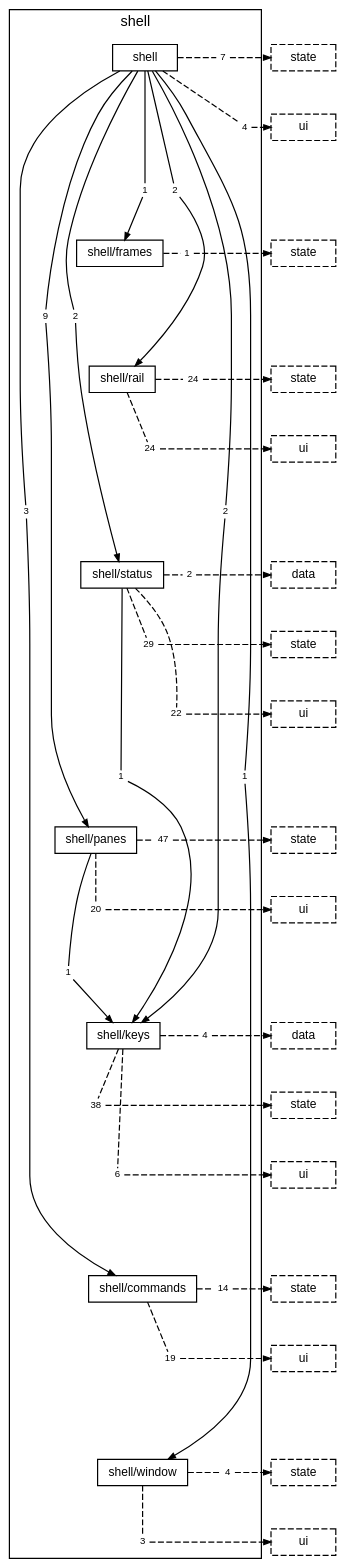
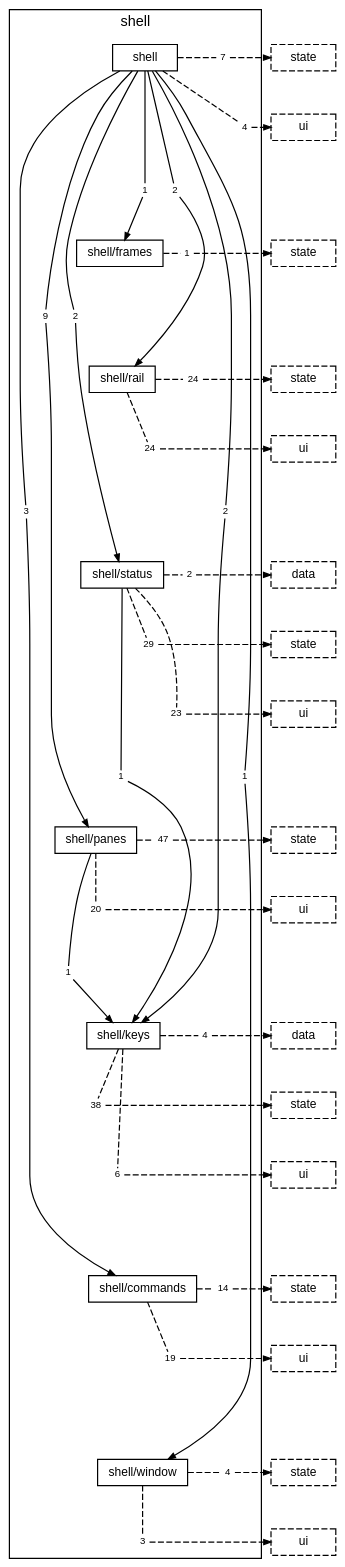
Before and after one commit to TheAxeC/oculus: the diagram in docs/diagrams/layer-shell.dot, drawn with Graphviz. The commit also changed 27 other files, not shown here.

```diff
--- a/docs/diagrams/layer-shell.dot
+++ b/docs/diagrams/layer-shell.dot
@@ -1,135 +1,135 @@
 digraph layer_shell {
     graph [bgcolor="transparent", rankdir=TB, newrank=true, mclimit=4, fontname="Helvetica,Arial,sans-serif", fontsize=12, nodesep=0.2, ranksep=0.5];
     node [shape=box, color="black", fontcolor="black", fontname="Helvetica,Arial,sans-serif", fontsize=10, height=0.3, margin="0.12,0.04"];
     edge [color="black", fontcolor="black", fontname="Helvetica,Arial,sans-serif", fontsize=8, arrowsize=0.6];
     subgraph "cluster_shell" {
         label="shell"; style=solid;
         "folder shell" [label="shell"];
         "folder shell/frames" [label="shell/frames"];
         "folder shell/rail" [label="shell/rail"];
         "folder shell/status" [label="shell/status"];
         "folder shell/panes" [label="shell/panes"];
         "folder shell/keys" [label="shell/keys"];
         "folder shell/commands" [label="shell/commands"];
         "folder shell/window" [label="shell/window"];
         "folder shell to folder shell/commands" [label="3", shape=box, color="transparent", fontsize=8, width=0, height=0, margin="0.04,0.02"];
         "folder shell to folder shell/frames" [label="1", shape=box, color="transparent", fontsize=8, width=0, height=0, margin="0.04,0.02"];
         "folder shell to folder shell/keys" [label="2", shape=box, color="transparent", fontsize=8, width=0, height=0, margin="0.04,0.02"];
         "folder shell to folder shell/panes" [label="9", shape=box, color="transparent", fontsize=8, width=0, height=0, margin="0.04,0.02"];
         "folder shell to folder shell/rail" [label="2", shape=box, color="transparent", fontsize=8, width=0, height=0, margin="0.04,0.02"];
         "folder shell to folder shell/status" [label="2", shape=box, color="transparent", fontsize=8, width=0, height=0, margin="0.04,0.02"];
         "folder shell to folder shell/window" [label="1", shape=box, color="transparent", fontsize=8, width=0, height=0, margin="0.04,0.02"];
         "folder shell to layer state" [label="7", shape=box, color="transparent", fontsize=8, width=0, height=0, margin="0.04,0.02"];
         "folder shell to layer ui" [label="4", shape=box, color="transparent", fontsize=8, width=0, height=0, margin="0.04,0.02"];
         "folder shell/frames to layer state" [label="1", shape=box, color="transparent", fontsize=8, width=0, height=0, margin="0.04,0.02"];
         "folder shell/rail to layer state" [label="24", shape=box, color="transparent", fontsize=8, width=0, height=0, margin="0.04,0.02"];
         "folder shell/rail to layer ui" [label="24", shape=box, color="transparent", fontsize=8, width=0, height=0, margin="0.04,0.02"];
         "folder shell/status to folder shell/keys" [label="1", shape=box, color="transparent", fontsize=8, width=0, height=0, margin="0.04,0.02"];
         "folder shell/status to layer data" [label="2", shape=box, color="transparent", fontsize=8, width=0, height=0, margin="0.04,0.02"];
         "folder shell/status to layer state" [label="29", shape=box, color="transparent", fontsize=8, width=0, height=0, margin="0.04,0.02"];
-        "folder shell/status to layer ui" [label="22", shape=box, color="transparent", fontsize=8, width=0, height=0, margin="0.04,0.02"];
+        "folder shell/status to layer ui" [label="23", shape=box, color="transparent", fontsize=8, width=0, height=0, margin="0.04,0.02"];
         "folder shell/panes to folder shell/keys" [label="1", shape=box, color="transparent", fontsize=8, width=0, height=0, margin="0.04,0.02"];
         "folder shell/panes to layer state" [label="47", shape=box, color="transparent", fontsize=8, width=0, height=0, margin="0.04,0.02"];
         "folder shell/panes to layer ui" [label="20", shape=box, color="transparent", fontsize=8, width=0, height=0, margin="0.04,0.02"];
         "folder shell/keys to layer data" [label="4", shape=box, color="transparent", fontsize=8, width=0, height=0, margin="0.04,0.02"];
         "folder shell/keys to layer state" [label="38", shape=box, color="transparent", fontsize=8, width=0, height=0, margin="0.04,0.02"];
         "folder shell/keys to layer ui" [label="6", shape=box, color="transparent", fontsize=8, width=0, height=0, margin="0.04,0.02"];
         "folder shell/commands to layer state" [label="14", shape=box, color="transparent", fontsize=8, width=0, height=0, margin="0.04,0.02"];
         "folder shell/commands to layer ui" [label="19", shape=box, color="transparent", fontsize=8, width=0, height=0, margin="0.04,0.02"];
         "folder shell/window to layer state" [label="4", shape=box, color="transparent", fontsize=8, width=0, height=0, margin="0.04,0.02"];
         "folder shell/window to layer ui" [label="3", shape=box, color="transparent", fontsize=8, width=0, height=0, margin="0.04,0.02"];
     }
     "layer state from folder shell" [label="state", style=dashed];
     "layer ui from folder shell" [label="ui", style=dashed];
     "layer state from folder shell/frames" [label="state", style=dashed];
     "layer state from folder shell/rail" [label="state", style=dashed];
     "layer ui from folder shell/rail" [label="ui", style=dashed];
     "layer data from folder shell/status" [label="data", style=dashed];
     "layer state from folder shell/status" [label="state", style=dashed];
     "layer ui from folder shell/status" [label="ui", style=dashed];
     "layer state from folder shell/panes" [label="state", style=dashed];
     "layer ui from folder shell/panes" [label="ui", style=dashed];
     "layer data from folder shell/keys" [label="data", style=dashed];
     "layer state from folder shell/keys" [label="state", style=dashed];
     "layer ui from folder shell/keys" [label="ui", style=dashed];
     "layer state from folder shell/commands" [label="state", style=dashed];
     "layer ui from folder shell/commands" [label="ui", style=dashed];
     "layer state from folder shell/window" [label="state", style=dashed];
     "layer ui from folder shell/window" [label="ui", style=dashed];
     "folder shell" -> "folder shell/frames" [style=invis, weight=10, minlen=3];
     "folder shell/frames" -> "folder shell/rail" [style=invis, weight=10, minlen=2];
     "folder shell/rail" -> "folder shell/status" [style=invis, weight=10, minlen=3];
     "folder shell/status" -> "folder shell/panes" [style=invis, weight=10, minlen=4];
     "folder shell/panes" -> "folder shell/keys" [style=invis, weight=10, minlen=3];
     "folder shell/keys" -> "folder shell/commands" [style=invis, weight=10, minlen=4];
     "folder shell/commands" -> "folder shell/window" [style=invis, weight=10, minlen=3];
     "folder shell" -> "folder shell to folder shell/commands" [arrowhead=none, minlen=7, weight=10];
     "folder shell to folder shell/commands" -> "folder shell/commands" [];
     "folder shell" -> "folder shell to folder shell/frames" [arrowhead=none, minlen=2, weight=10];
     "folder shell to folder shell/frames" -> "folder shell/frames" [];
     "folder shell" -> "folder shell to folder shell/keys" [arrowhead=none, minlen=7, weight=10];
     "folder shell to folder shell/keys" -> "folder shell/keys" [];
     "folder shell" -> "folder shell to folder shell/panes" [arrowhead=none, minlen=4, weight=10];
     "folder shell to folder shell/panes" -> "folder shell/panes" [];
     "folder shell" -> "folder shell to folder shell/rail" [arrowhead=none, minlen=2, weight=10];
     "folder shell to folder shell/rail" -> "folder shell/rail" [];
     "folder shell" -> "folder shell to folder shell/status" [arrowhead=none, minlen=4, weight=10];
     "folder shell to folder shell/status" -> "folder shell/status" [];
     "folder shell" -> "folder shell to folder shell/window" [arrowhead=none, minlen=11, weight=10];
     "folder shell to folder shell/window" -> "folder shell/window" [];
     "folder shell" -> "folder shell to layer state" [arrowhead=none, style=dashed];
     "folder shell to layer state" -> "layer state from folder shell" [style=dashed];
     { rank=same; "folder shell"; "folder shell to layer state"; "layer state from folder shell"; }
     "folder shell" -> "folder shell to layer ui" [arrowhead=none, style=dashed, minlen=1, weight=10];
     "folder shell to layer ui" -> "layer ui from folder shell" [style=dashed];
     { rank=same; "folder shell to layer ui"; "layer ui from folder shell"; }
     "folder shell/frames" -> "folder shell/frames to layer state" [arrowhead=none, style=dashed];
     "folder shell/frames to layer state" -> "layer state from folder shell/frames" [style=dashed];
     { rank=same; "folder shell/frames"; "folder shell/frames to layer state"; "layer state from folder shell/frames"; }
     "folder shell/rail" -> "folder shell/rail to layer state" [arrowhead=none, style=dashed];
     "folder shell/rail to layer state" -> "layer state from folder shell/rail" [style=dashed];
     { rank=same; "folder shell/rail"; "folder shell/rail to layer state"; "layer state from folder shell/rail"; }
     "folder shell/rail" -> "folder shell/rail to layer ui" [arrowhead=none, style=dashed, minlen=1, weight=10];
     "folder shell/rail to layer ui" -> "layer ui from folder shell/rail" [style=dashed];
     { rank=same; "folder shell/rail to layer ui"; "layer ui from folder shell/rail"; }
     "folder shell/status" -> "folder shell/status to folder shell/keys" [arrowhead=none, minlen=3, weight=10];
     "folder shell/status to folder shell/keys" -> "folder shell/keys" [];
     "folder shell/status" -> "folder shell/status to layer data" [arrowhead=none, style=dashed];
     "folder shell/status to layer data" -> "layer data from folder shell/status" [style=dashed];
     { rank=same; "folder shell/status"; "folder shell/status to layer data"; "layer data from folder shell/status"; }
     "folder shell/status" -> "folder shell/status to layer state" [arrowhead=none, style=dashed, minlen=1, weight=10];
     "folder shell/status to layer state" -> "layer state from folder shell/status" [style=dashed];
     { rank=same; "folder shell/status to layer state"; "layer state from folder shell/status"; }
     "folder shell/status" -> "folder shell/status to layer ui" [arrowhead=none, style=dashed, minlen=2, weight=10];
     "folder shell/status to layer ui" -> "layer ui from folder shell/status" [style=dashed];
     { rank=same; "folder shell/status to layer ui"; "layer ui from folder shell/status"; }
     "folder shell/panes" -> "folder shell/panes to folder shell/keys" [arrowhead=none, minlen=2, weight=10];
     "folder shell/panes to folder shell/keys" -> "folder shell/keys" [];
     "folder shell/panes" -> "folder shell/panes to layer state" [arrowhead=none, style=dashed];
     "folder shell/panes to layer state" -> "layer state from folder shell/panes" [style=dashed];
     { rank=same; "folder shell/panes"; "folder shell/panes to layer state"; "layer state from folder shell/panes"; }
     "folder shell/panes" -> "folder shell/panes to layer ui" [arrowhead=none, style=dashed, minlen=1, weight=10];
     "folder shell/panes to layer ui" -> "layer ui from folder shell/panes" [style=dashed];
     { rank=same; "folder shell/panes to layer ui"; "layer ui from folder shell/panes"; }
     "folder shell/keys" -> "folder shell/keys to layer data" [arrowhead=none, style=dashed];
     "folder shell/keys to layer data" -> "layer data from folder shell/keys" [style=dashed];
     { rank=same; "folder shell/keys"; "folder shell/keys to layer data"; "layer data from folder shell/keys"; }
     "folder shell/keys" -> "folder shell/keys to layer state" [arrowhead=none, style=dashed, minlen=1, weight=10];
     "folder shell/keys to layer state" -> "layer state from folder shell/keys" [style=dashed];
     { rank=same; "folder shell/keys to layer state"; "layer state from folder shell/keys"; }
     "folder shell/keys" -> "folder shell/keys to layer ui" [arrowhead=none, style=dashed, minlen=2, weight=10];
     "folder shell/keys to layer ui" -> "layer ui from folder shell/keys" [style=dashed];
     { rank=same; "folder shell/keys to layer ui"; "layer ui from folder shell/keys"; }
     "folder shell/commands" -> "folder shell/commands to layer state" [arrowhead=none, style=dashed];
     "folder shell/commands to layer state" -> "layer state from folder shell/commands" [style=dashed];
     { rank=same; "folder shell/commands"; "folder shell/commands to layer state"; "layer state from folder shell/commands"; }
     "folder shell/commands" -> "folder shell/commands to layer ui" [arrowhead=none, style=dashed, minlen=1, weight=10];
     "folder shell/commands to layer ui" -> "layer ui from folder shell/commands" [style=dashed];
     { rank=same; "folder shell/commands to layer ui"; "layer ui from folder shell/commands"; }
     "folder shell/window" -> "folder shell/window to layer state" [arrowhead=none, style=dashed];
     "folder shell/window to layer state" -> "layer state from folder shell/window" [style=dashed];
     { rank=same; "folder shell/window"; "folder shell/window to layer state"; "layer state from folder shell/window"; }
     "folder shell/window" -> "folder shell/window to layer ui" [arrowhead=none, style=dashed, minlen=1, weight=10];
     "folder shell/window to layer ui" -> "layer ui from folder shell/window" [style=dashed];
     { rank=same; "folder shell/window to layer ui"; "layer ui from folder shell/window"; }
 }
```
